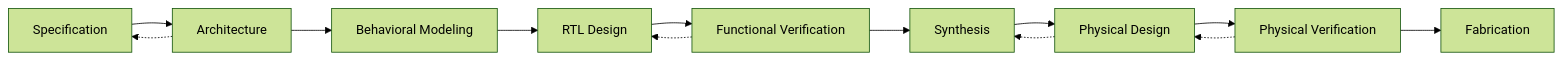
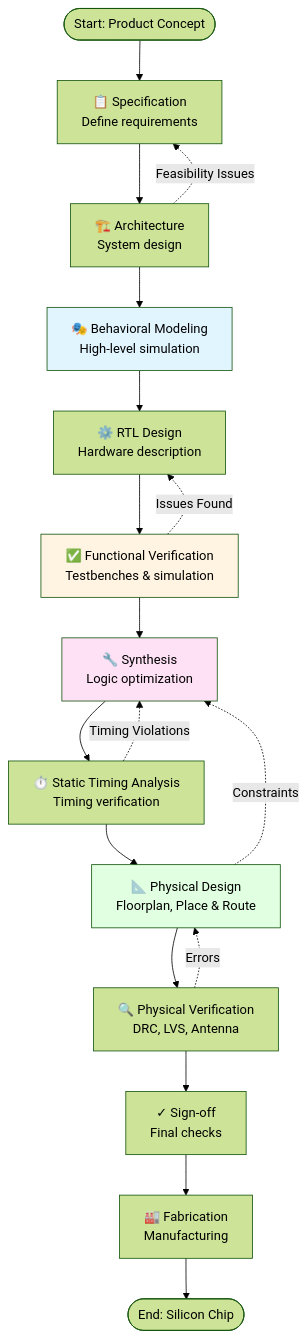
One commit to Hrishik31/Hrishik_VSD-Tapeout-Program_2 changed the diagram in PART 1/README.md. Above: the diagram before and after it, drawn with Mermaid (forest theme). The commit also changed other lines of this file, not shown here.

````diff
--- a/PART 1/README.md
+++ b/PART 1/README.md
@@ -97,27 +1366,41 @@
 ```mermaid
-flowchart LR
-  Spec["Specification"]
-  Arch["Architecture"]
-  BM["Behavioral Modeling"]
-  RTL["RTL Design"]
-  FV["Functional Verification"]
-  Syn["Synthesis"]
-  PD["Physical Design"]
-  PV["Physical Verification"]
-  Fab["Fabrication"]
+flowchart TB
+    Start([Start: Product Concept])
+    Spec[📋 Specification<br/>Define requirements]
+    Arch[🏗️ Architecture<br/>System design]
+    BM[🎭 Behavioral Modeling<br/>High-level simulation]
+    RTL[⚙️ RTL Design<br/>Hardware description]
+    FV[✅ Functional Verification<br/>Testbenches & simulation]
+    Syn[🔧 Synthesis<br/>Logic optimization]
+    STA[⏱️ Static Timing Analysis<br/>Timing verification]
+    PD[📐 Physical Design<br/>Floorplan, Place & Route]
+    PV[🔍 Physical Verification<br/>DRC, LVS, Antenna]
+    Signoff[✓ Sign-off<br/>Final checks]
+    Fab[🏭 Fabrication<br/>Manufacturing]
+    End([End: Silicon Chip])
 
-  Spec --> Arch
-  Arch --> BM
-  BM --> RTL
-  RTL --> FV
-  FV --> Syn
-  Syn --> PD
-  PD --> PV
-  PV --> Fab
+    Start --> Spec
+    Spec --> Arch
+    Arch --> BM
+    BM --> RTL
+    RTL --> FV
+    FV --> Syn
+    Syn --> STA
+    STA --> PD
+    PD --> PV
+    PV --> Signoff
+    Signoff --> Fab
+    Fab --> End
 
-  %% Feedback loops
-  FV -.-> RTL
-  PV -.-> PD
-  PD -.-> Syn
-  Arch -.-> Spec
+    %% Feedback loops
+    FV -.->|Issues Found| RTL
+    STA -.->|Timing Violations| Syn
+    PV -.->|Errors| PD
+    PD -.->|Constraints| Syn
+    Arch -.->|Feasibility Issues| Spec
+
+    style BM fill:#e1f5ff
+    style FV fill:#fff4e1
+    style Syn fill:#ffe1f5
+    style PD fill:#e1ffe1
 ```
````
